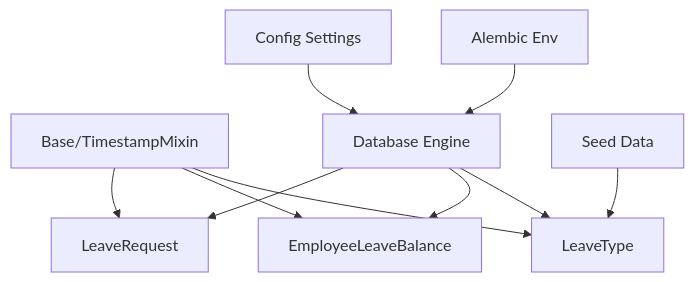
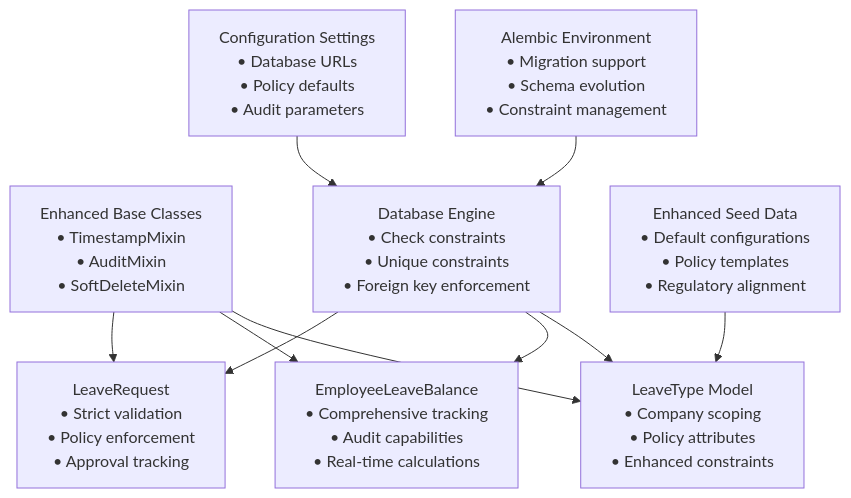
Before and after one commit to bikinaplikasipakeqoder-dot/payroll-hris: the seventh of 7 diagrams in .qoder/repowiki/en/content/Leave Management.md, drawn with Mermaid. The commit also changed other lines of this file and 22 other files, not shown here.

````diff
--- a/.qoder/repowiki/en/content/Leave Management.md
+++ b/.qoder/repowiki/en/content/Leave Management.md
@@ -430,12 +551,20 @@
 ```mermaid
 graph TB
-BASE["Base/TimestampMixin"] --> LT["LeaveType"]
-BASE --> ELB["EmployeeLeaveBalance"]
-BASE --> LR["LeaveRequest"]
-DB["Database Engine"] --> LT
+BASE["Enhanced Base Classes<br/>• TimestampMixin<br/>• AuditMixin<br/>• SoftDeleteMixin"]
+LT["LeaveType Model<br/>• Company scoping<br/>• Policy attributes<br/>• Enhanced constraints"]
+ELB["EmployeeLeaveBalance<br/>• Comprehensive tracking<br/>• Audit capabilities<br/>• Real-time calculations"]
+LR["LeaveRequest<br/>• Strict validation<br/>• Policy enforcement<br/>• Approval tracking"]
+DB["Database Engine<br/>• Check constraints<br/>• Unique constraints<br/>• Foreign key enforcement"]
+ALEMBIC["Alembic Environment<br/>• Migration support<br/>• Schema evolution<br/>• Constraint management"]
+SEED["Enhanced Seed Data<br/>• Default configurations<br/>• Policy templates<br/>• Regulatory alignment"]
+CFG["Configuration Settings<br/>• Database URLs<br/>• Policy defaults<br/>• Audit parameters"]
+BASE --> LT
+BASE --> ELB
+BASE --> LR
+DB --> LT
 DB --> ELB
 DB --> LR
-ALEMBIC["Alembic Env"] --> DB
-SEED["Seed Data"] --> LT
-CFG["Config Settings"] --> DB
+ALEMBIC --> DB
+SEED --> LT
+CFG --> DB
 ```
````
